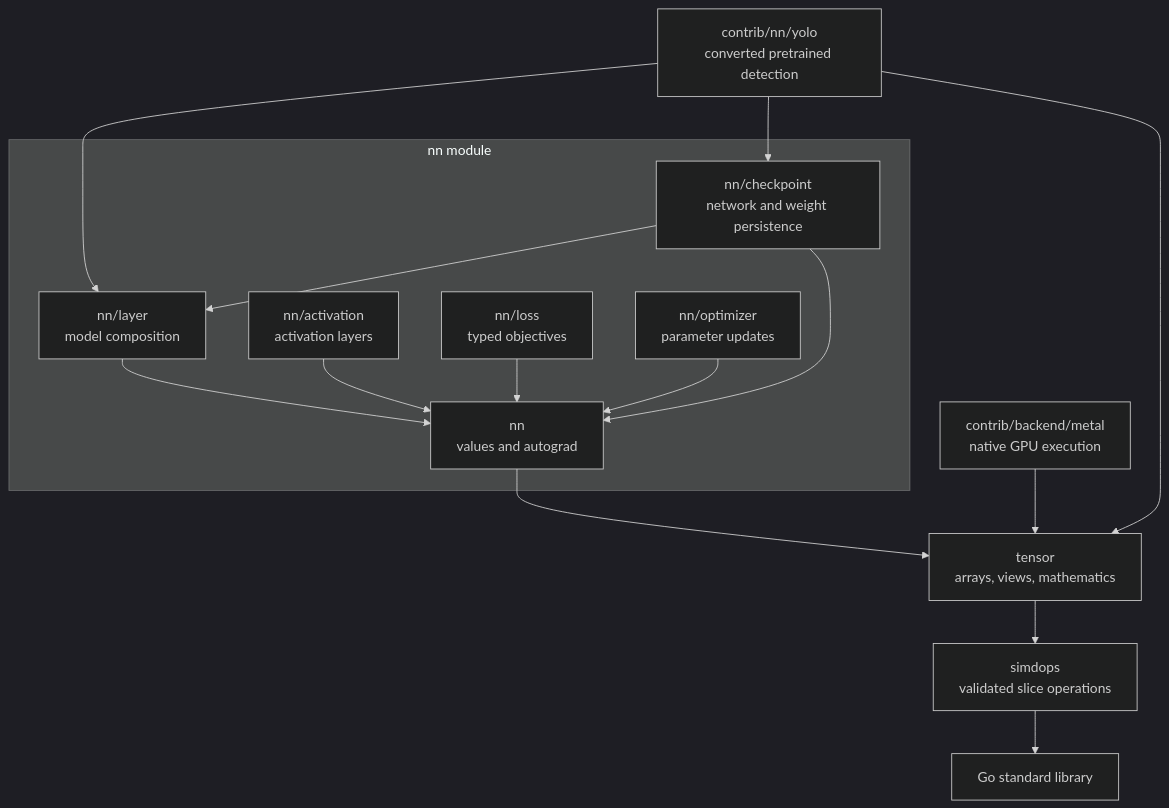
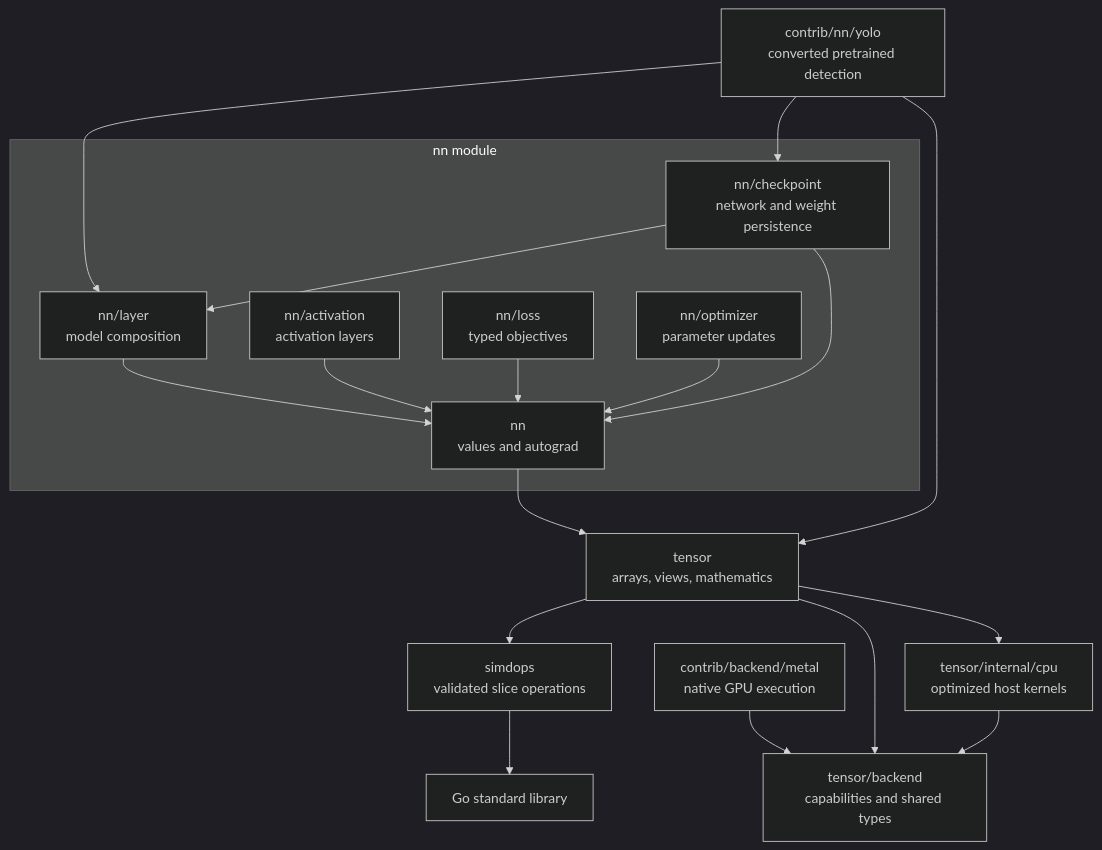
One commit to bpradana/goml changed the first of 3 diagrams in docs/architecture.md. Above: the diagram before and after it, drawn with Mermaid (dark theme). The commit also changed other lines of this file and 21 other files, not shown here.

````diff
--- a/docs/architecture.md
+++ b/docs/architecture.md
@@ -13,18 +13,21 @@
 ```mermaid
 flowchart TD
     subgraph Neural["nn module"]
         Layer["nn/layer<br/>model composition"] --> Core["nn<br/>values and autograd"]
         Activation["nn/activation<br/>activation layers"] --> Core
         Loss["nn/loss<br/>typed objectives"] --> Core
         Optimizer["nn/optimizer<br/>parameter updates"] --> Core
         Checkpoint["nn/checkpoint<br/>network and weight persistence"] --> Layer
         Checkpoint --> Core
     end
     YOLO["contrib/nn/yolo<br/>converted pretrained detection"] --> Layer
     YOLO --> Checkpoint
     YOLO --> Tensor
     Core --> Tensor["tensor<br/>arrays, views, mathematics"]
     Tensor --> SIMD["simdops<br/>validated slice operations"]
-    Metal["contrib/backend/metal<br/>native GPU execution"] --> Tensor
+    Metal["contrib/backend/metal<br/>native GPU execution"] --> Contract["tensor/backend<br/>capabilities and shared types"]
+    Tensor --> Contract
+    CPU["tensor/internal/cpu<br/>optimized host kernels"] --> Contract
+    Tensor --> CPU
     SIMD --> Std["Go standard library"]
 ```
````
